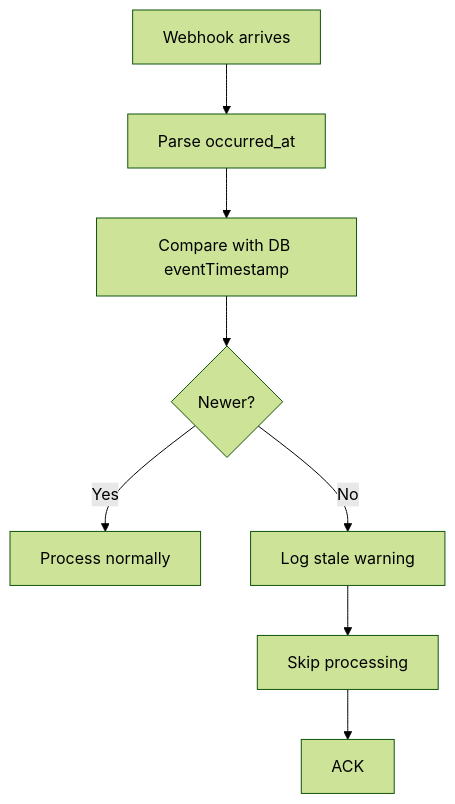
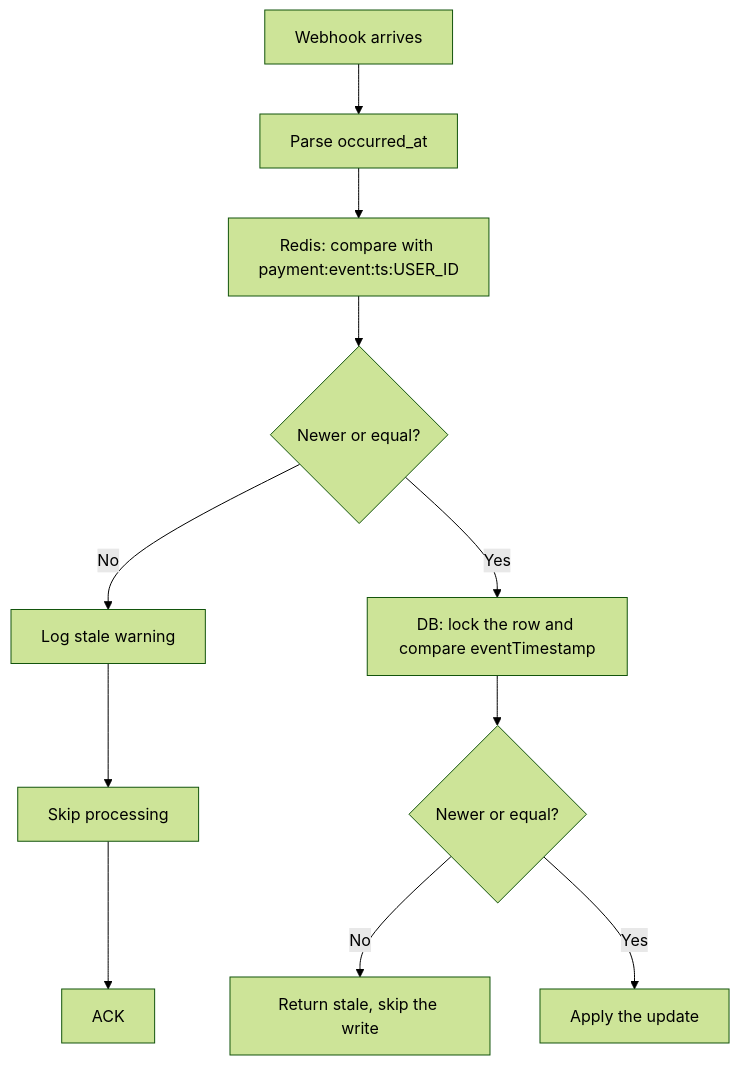
Before and after one commit to kunalPisolkar24/detectAI: the fifth of 7 diagrams in services/workers/docs/components/payments-worker.md, drawn with Mermaid (forest theme). The commit also changed other lines of this file and 10 other files, not shown here.

````diff
--- a/services/workers/docs/components/payments-worker.md
+++ b/services/workers/docs/components/payments-worker.md
@@ -109,10 +261,13 @@
 ```mermaid
 graph TB
     A[Webhook arrives] --> B[Parse occurred_at]
-    B --> C[Compare with DB eventTimestamp]
-    C --> D{Newer?}
-    D -->|Yes| E[Process normally]
-    D -->|No| F[Log stale warning]
-    F --> G[Skip processing]
-    G --> H[ACK]
+    B --> C[Redis: compare with payment:event:ts:USER_ID]
+    C --> D{Newer or equal?}
+    D -->|No| E[Log stale warning]
+    E --> F[Skip processing]
+    F --> G[ACK]
+    D -->|Yes| H[DB: lock the row and compare eventTimestamp]
+    H --> I{Newer or equal?}
+    I -->|No| J[Return stale, skip the write]
+    I -->|Yes| K[Apply the update]
 ```
````
